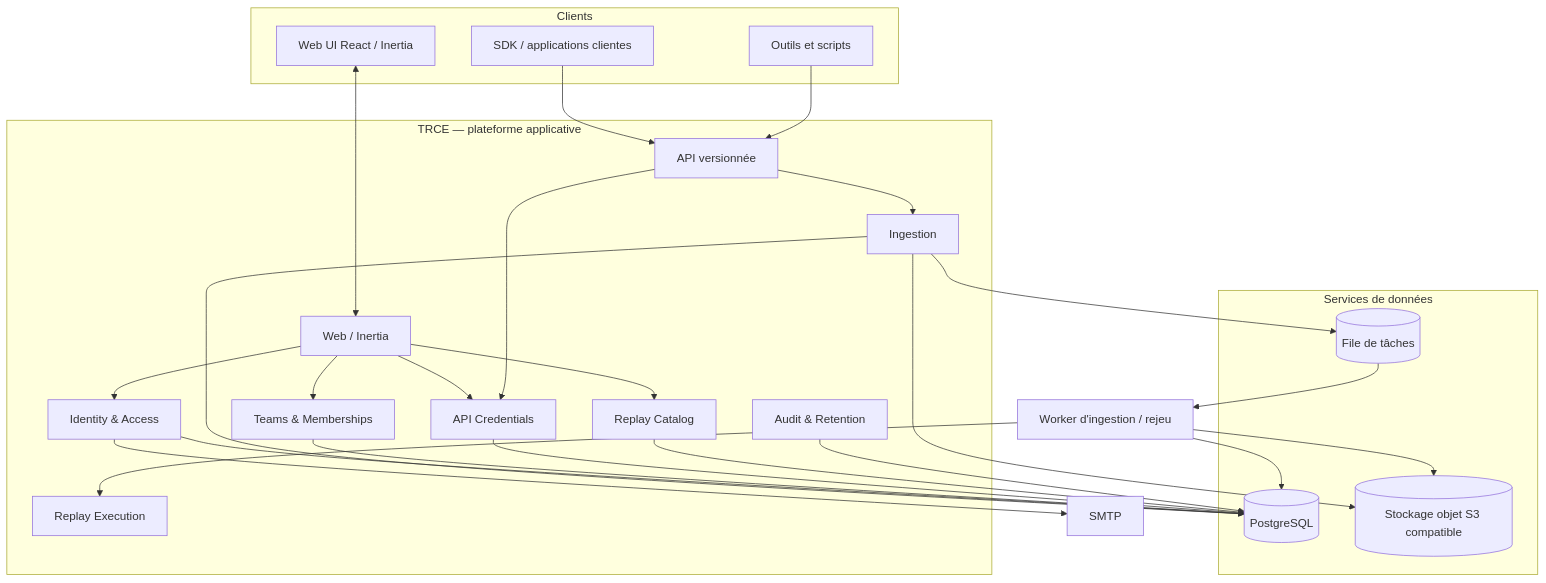
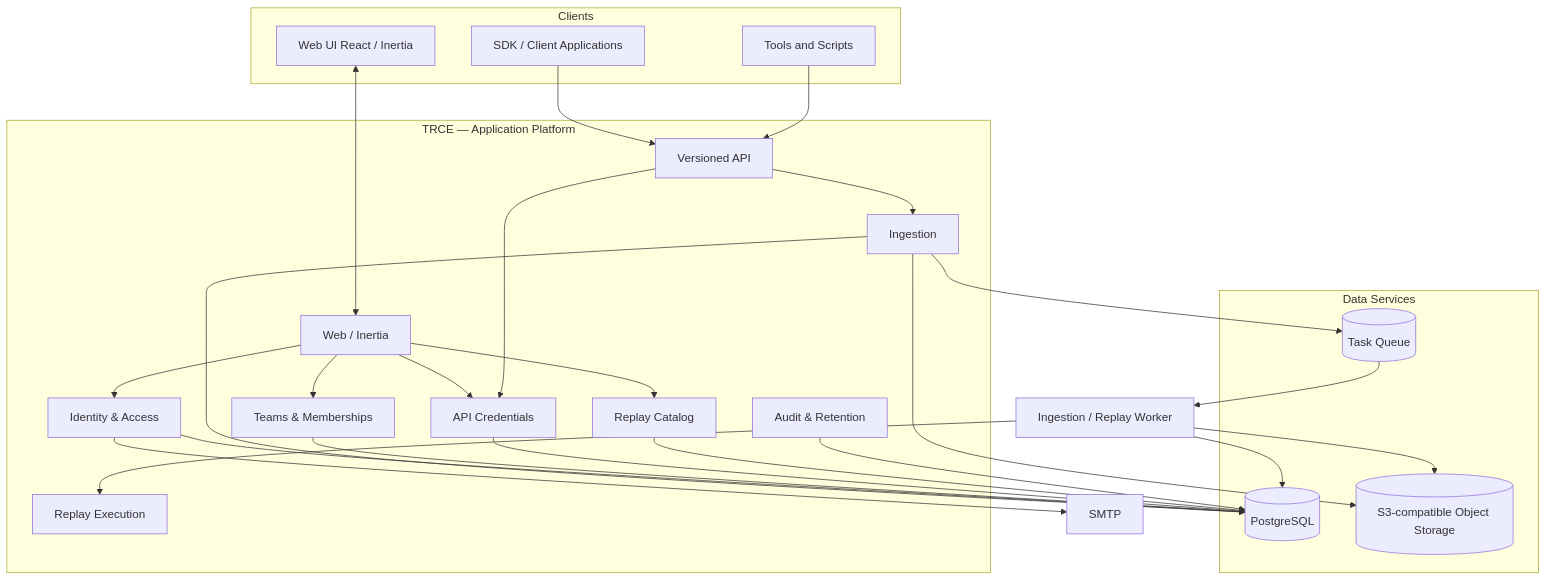
The third of 6 diagrams in docs/architecture.md (SLedunois/trce), drawn with Mermaid before and after one commit. The commit also changed other lines of this file and 16 other files, not shown here.

````diff
--- a/docs/architecture.md
+++ b/docs/architecture.md
@@ -136,51 +136,51 @@
 ```mermaid
 flowchart TB
     subgraph Clients
         UI[Web UI React / Inertia]
-        SDK[SDK / applications clientes]
-        CLI[Outils et scripts]
+        SDK[SDK / Client Applications]
+        CLI[Tools and Scripts]
     end
 
-    subgraph Platform[TRCE — plateforme applicative]
+    subgraph Platform[TRCE — Application Platform]
         Web[Web / Inertia]
-        API[API versionnée]
+        API[Versioned API]
         Identity[Identity & Access]
         Teams[Teams & Memberships]
         Keys[API Credentials]
         Replay[Replay Catalog]
         Ingest[Ingestion]
         Execution[Replay Execution]
         Audit[Audit & Retention]
     end
 
-    subgraph Data[Services de données]
+    subgraph Data[Data Services]
         PG[(PostgreSQL)]
-        Object[(Stockage objet S3 compatible)]
-        Queue[(File de tâches)]
+        Object[(S3-compatible Object Storage)]
+        Queue[(Task Queue)]
     end
 
-    Worker[Worker d'ingestion / rejeu]
+    Worker[Ingestion / Replay Worker]
     SMTP[SMTP]
 
     UI <--> Web
     SDK --> API --> Ingest
     CLI --> API
     Web --> Identity
     Web --> Teams
     Web --> Replay
     Web --> Keys
     API --> Keys
     Ingest --> PG
     Ingest --> Object
     Ingest --> Queue
     Queue --> Worker
     Worker --> Object
     Worker --> PG
     Worker --> Execution
     Identity --> PG
     Teams --> PG
     Keys --> PG
     Replay --> PG
     Audit --> PG
     Identity --> SMTP
 ```
````
